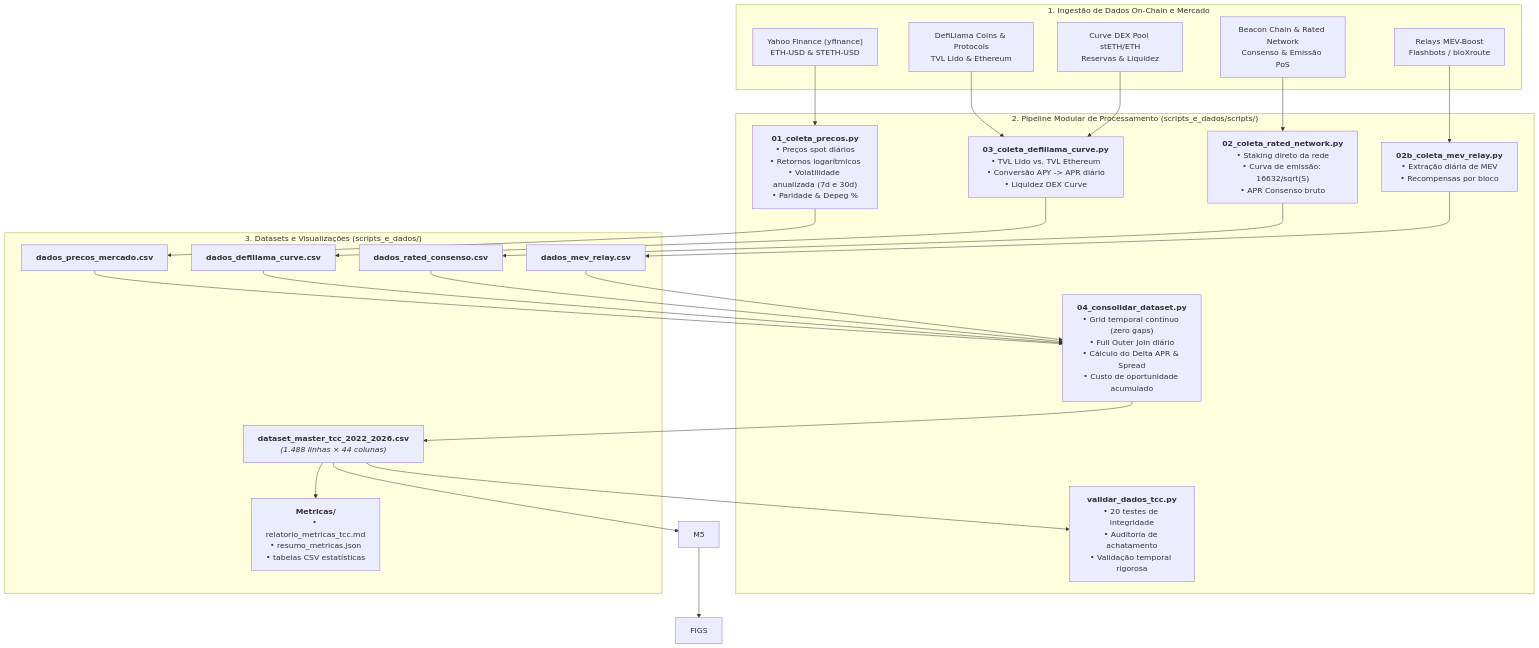
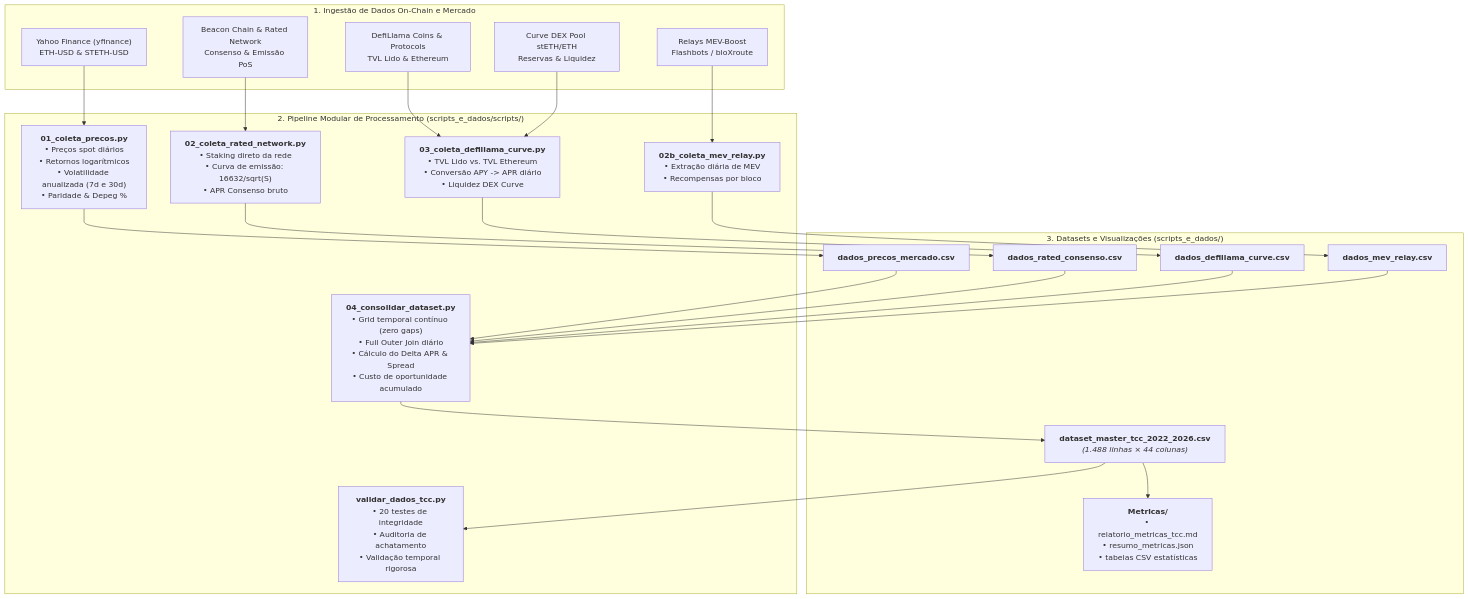
The diagram in README.md (Maths0007/TCC_DEFI), drawn with Mermaid before and after one commit.

Commit message:
Update README to remove M5 and FIGS
Removed M5 and FIGS from the flow diagram.

````diff
--- a/README.md
+++ b/README.md
@@ -16,50 +16,48 @@
 ```mermaid
 flowchart TD
     subgraph INGESTAO["1. Ingestão de Dados On-Chain e Mercado"]
         API1["Yahoo Finance (yfinance)<br>ETH-USD & STETH-USD"]
         API2["DefiLlama Coins & Protocols<br>TVL Lido & Ethereum"]
         API3["Curve DEX Pool stETH/ETH<br>Reservas & Liquidez"]
         API4["Beacon Chain & Rated Network<br>Consenso & Emissão PoS"]
         API5["Relays MEV-Boost<br>Flashbots / bloXroute"]
     end
 
     subgraph MODULOS["2. Pipeline Modular de Processamento (scripts_e_dados/scripts/)"]
         M1["<b>01_coleta_precos.py</b><br>• Preços spot diários<br>• Retornos logarítmicos<br>• Volatilidade anualizada (7d e 30d)<br>• Paridade & Depeg %"]
         M2["<b>02_coleta_rated_network.py</b><br>• Staking direto da rede<br>• Curva de emissão: 16632/sqrt(S)<br>• APR Consenso bruto"]
         M2b["<b>02b_coleta_mev_relay.py</b><br>• Extração diária de MEV<br>• Recompensas por bloco"]
         M3["<b>03_coleta_defillama_curve.py</b><br>• TVL Lido vs. TVL Ethereum<br>• Conversão APY -> APR diário<br>• Liquidez DEX Curve"]
         M4["<b>04_consolidar_dataset.py</b><br>• Grid temporal contínuo (zero gaps)<br>• Full Outer Join diário<br>• Cálculo do Delta APR & Spread<br>• Custo de oportunidade acumulado"]
         VAL["<b>validar_dados_tcc.py</b><br>• 20 testes de integridade<br>• Auditoria de achatamento<br>• Validação temporal rigorosa"]
     end
 
     subgraph SAIDAS["3. Datasets e Visualizações (scripts_e_dados/)"]
         D1["<b>dados_precos_mercado.csv</b>"]
         D2["<b>dados_rated_consenso.csv</b>"]
         D3["<b>dados_defillama_curve.csv</b>"]
         D4["<b>dados_mev_relay.csv</b>"]
         MASTER["<b>dataset_master_tcc_2022_2026.csv</b><br><i>(1.488 linhas × 44 colunas)</i>"]
         METRICS["<b>Metricas/</b><br>• relatorio_metricas_tcc.md<br>• resumo_metricas.json<br>• tabelas CSV estatísticas"]
     end
 
     API1 --> M1
     API2 --> M3
     API3 --> M3
     API4 --> M2
     API5 --> M2b
 
     M1 --> D1
     M2 --> D2
     M2b --> D4
     M3 --> D3
 
     D1 --> M4
     D2 --> M4
     D3 --> M4
     D4 --> M4
 
     M4 --> MASTER
     MASTER --> VAL
-    MASTER --> M5
-    M5 --> FIGS
     MASTER --> METRICS
 ```
````
